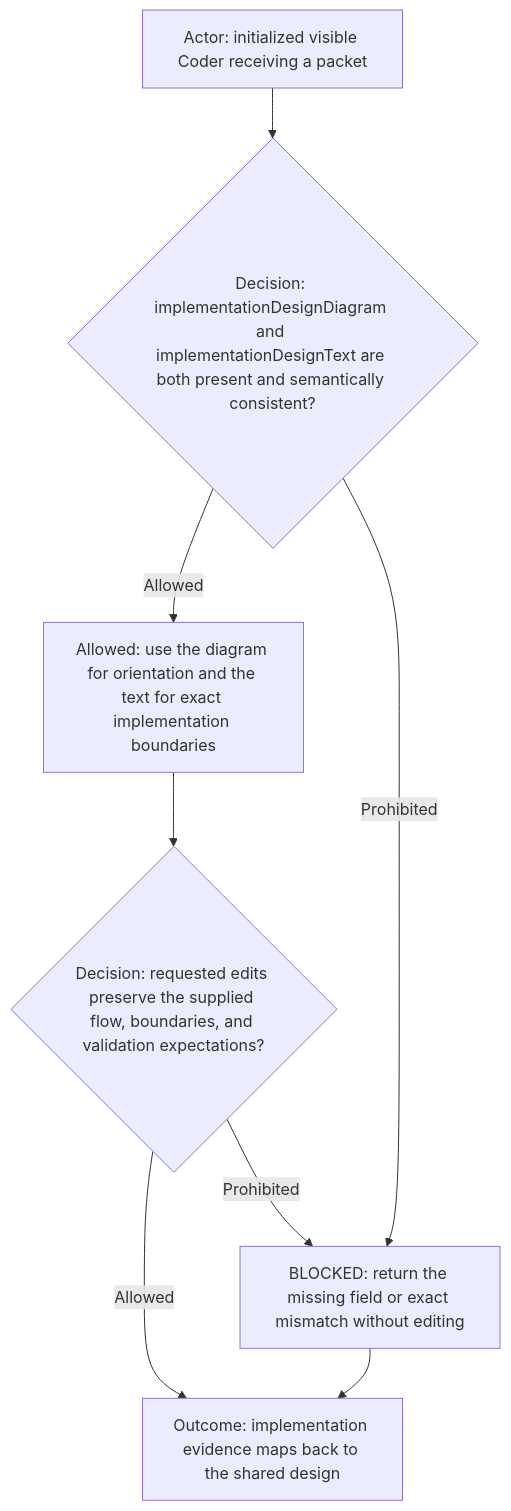
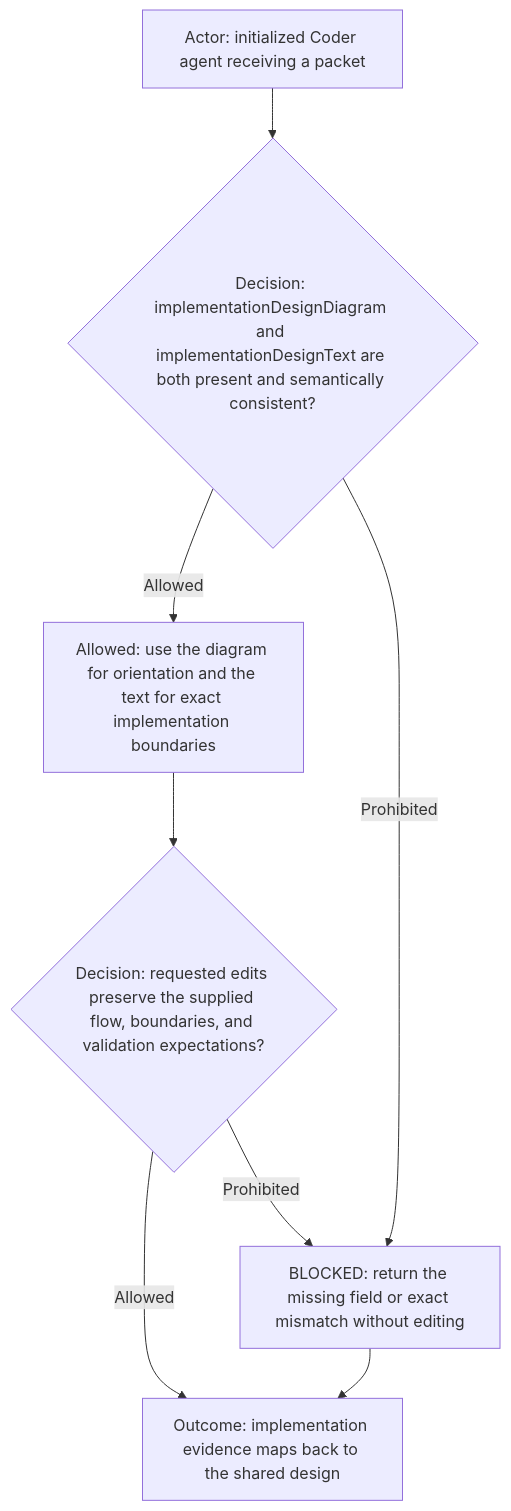
One commit to starodubtsevconsulting/ai-fleas changed the seventh of 10 diagrams in ai-workflows/_common/roles/coder.md. Above: the diagram before and after it, drawn with Mermaid. The commit also changed other lines of this file and 15 other files, not shown here.

````diff
--- a/ai-workflows/_common/roles/coder.md
+++ b/ai-workflows/_common/roles/coder.md
@@ -199,10 +199,10 @@
 ```mermaid
 flowchart TD
-  Actor["Actor: initialized visible Coder receiving a packet"] --> Decision{"Decision: implementationDesignDiagram and implementationDesignText are both present and semantically consistent?"}
+  Actor["Actor: initialized Coder agent receiving a packet"] --> Decision{"Decision: implementationDesignDiagram and implementationDesignText are both present and semantically consistent?"}
   Decision -->|Allowed| Route["Allowed: use the diagram for orientation and the text for exact implementation boundaries"]
   Decision -->|Prohibited| Blocked["BLOCKED: return the missing field or exact mismatch without editing"]
   Route --> Verify{"Decision: requested edits preserve the supplied flow, boundaries, and validation expectations?"}
   Verify -->|Allowed| Outcome["Outcome: implementation evidence maps back to the shared design"]
   Verify -->|Prohibited| Blocked
   Blocked --> Outcome
 ```
````
